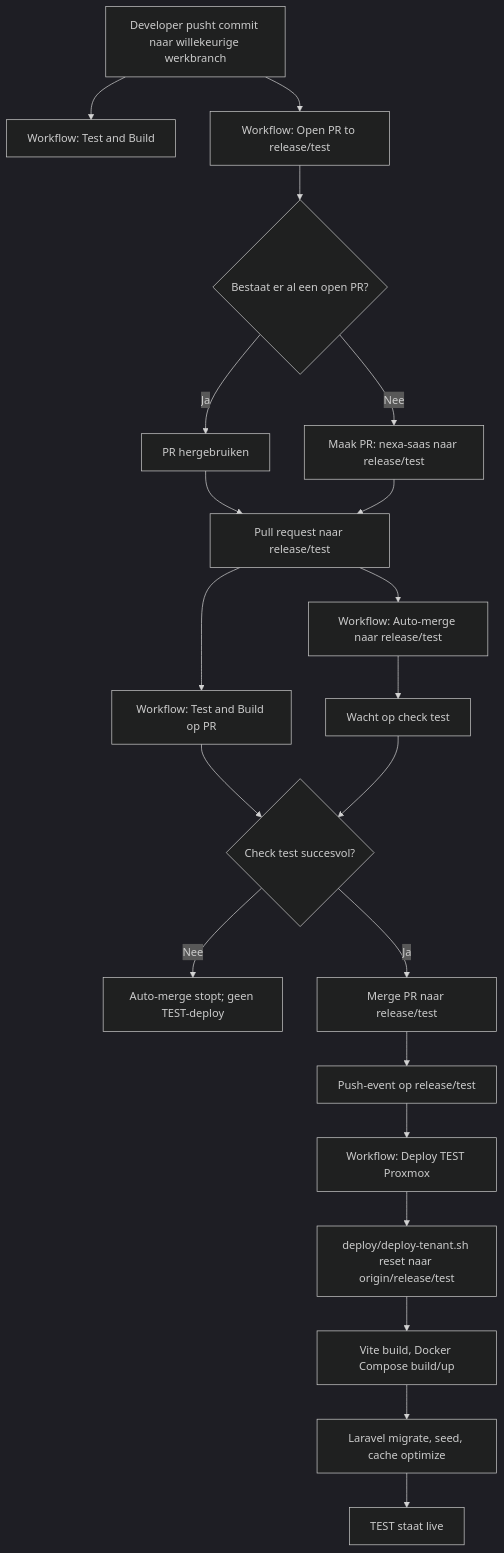
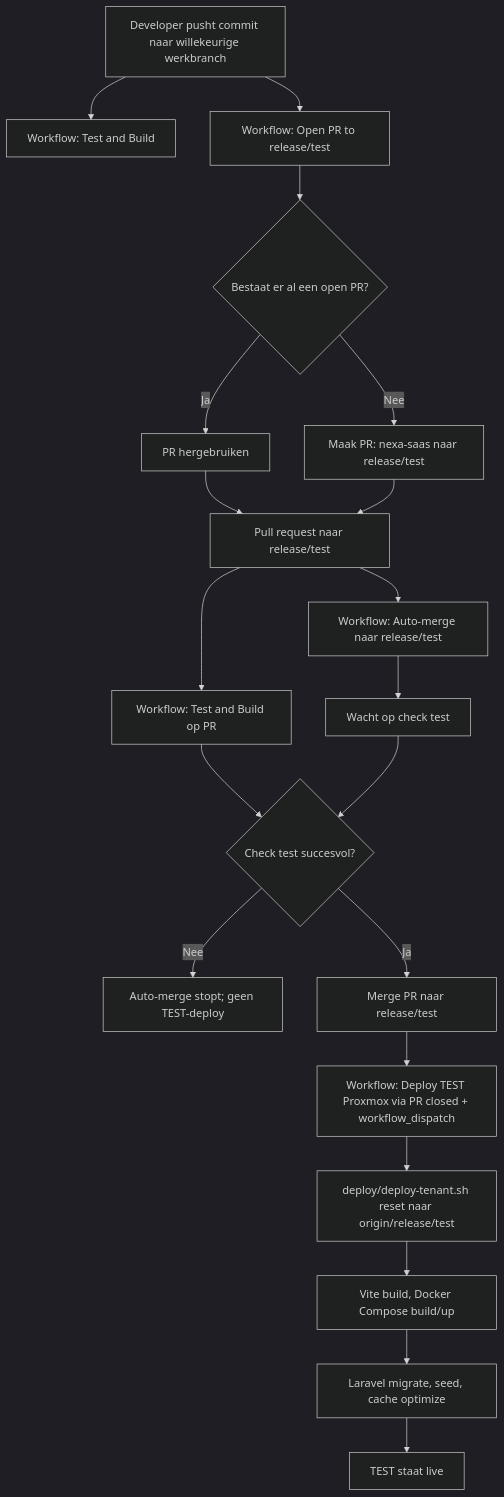
Before and after one commit to mtosun-mebura/nexa-cursor: the first of 3 diagrams in backend/docs/deploy-schemas/README.md, drawn with Mermaid (dark theme). The commit also changed other lines of this file and 8 other files, not shown here.

Commit message:
Deploy to test fix and tenant sync improvements

````diff
--- a/backend/docs/deploy-schemas/README.md
+++ b/backend/docs/deploy-schemas/README.md
@@ -17,23 +17,22 @@
 ```mermaid
 flowchart TD
     A[Developer pusht commit naar willekeurige werkbranch] --> B[Workflow: Test and Build]
     A --> C[Workflow: Open PR to release/test]
     C --> D{Bestaat er al een open PR?}
     D -- Ja --> E[PR hergebruiken]
     D -- Nee --> F[Maak PR: nexa-saas naar release/test]
     E --> G[Pull request naar release/test]
     F --> G
     G --> H[Workflow: Test and Build op PR]
     G --> I[Workflow: Auto-merge naar release/test]
     I --> J[Wacht op check test]
     H --> K{Check test succesvol?}
     J --> K
     K -- Nee --> L[Auto-merge stopt; geen TEST-deploy]
     K -- Ja --> M[Merge PR naar release/test]
-    M --> N[Push-event op release/test]
-    N --> O[Workflow: Deploy TEST Proxmox]
-    O --> P[deploy/deploy-tenant.sh reset naar origin/release/test]
-    P --> Q[Vite build, Docker Compose build/up]
-    Q --> R[Laravel migrate, seed, cache optimize]
-    R --> S[TEST staat live]
+    M --> N[Workflow: Deploy TEST Proxmox via PR closed + workflow_dispatch]
+    N --> O[deploy/deploy-tenant.sh reset naar origin/release/test]
+    O --> P[Vite build, Docker Compose build/up]
+    P --> Q[Laravel migrate, seed, cache optimize]
+    Q --> R[TEST staat live]
 ```
````
